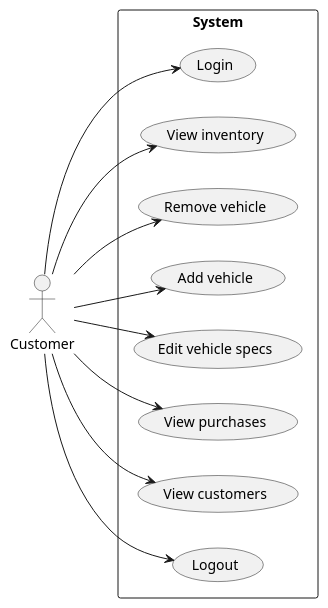
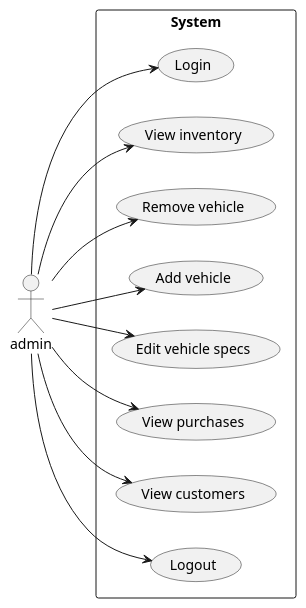
Before and after one commit to Clackroe/GroupProj-3135: the diagram in onlineStoreTemplate-main/Diagrams/Cases/admin.puml, drawn with PlantUML.

Commit message:
Revision to admin use cases

```diff
--- a/onlineStoreTemplate-main/Diagrams/Cases/admin.puml
+++ b/onlineStoreTemplate-main/Diagrams/Cases/admin.puml
@@ -1,22 +1,22 @@
-@startuml customer
+@startuml admin
 left to right direction
-actor Customer
+actor admin
 rectangle "System" as system {
   (Login)
   (View inventory)
   (Remove vehicle)
   (Add vehicle)
   (Edit vehicle specs)
   (View purchases)
   (View customers)
   (Logout)
 }
-Customer --> (Login)
-Customer --> (View inventory)
-Customer --> (Remove vehicle)
-Customer --> (Add vehicle)
-Customer --> (Edit vehicle specs)
-Customer --> (View purchases)
-Customer --> (View customers)
-Customer --> (Logout)
+admin --> (Login)
+admin --> (View inventory)
+admin --> (Remove vehicle)
+admin --> (Add vehicle)
+admin --> (Edit vehicle specs)
+admin --> (View purchases)
+admin --> (View customers)
+admin --> (Logout)
 @enduml
```
